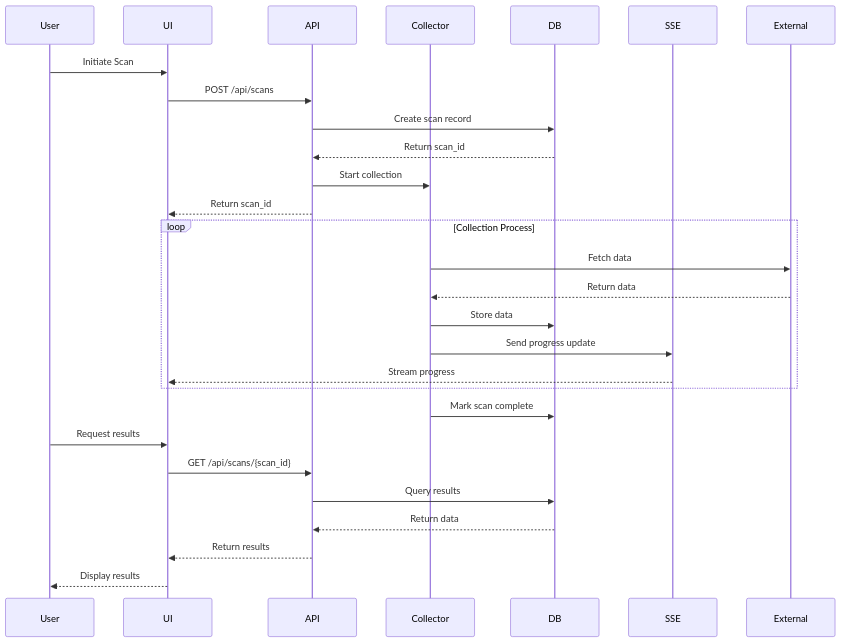
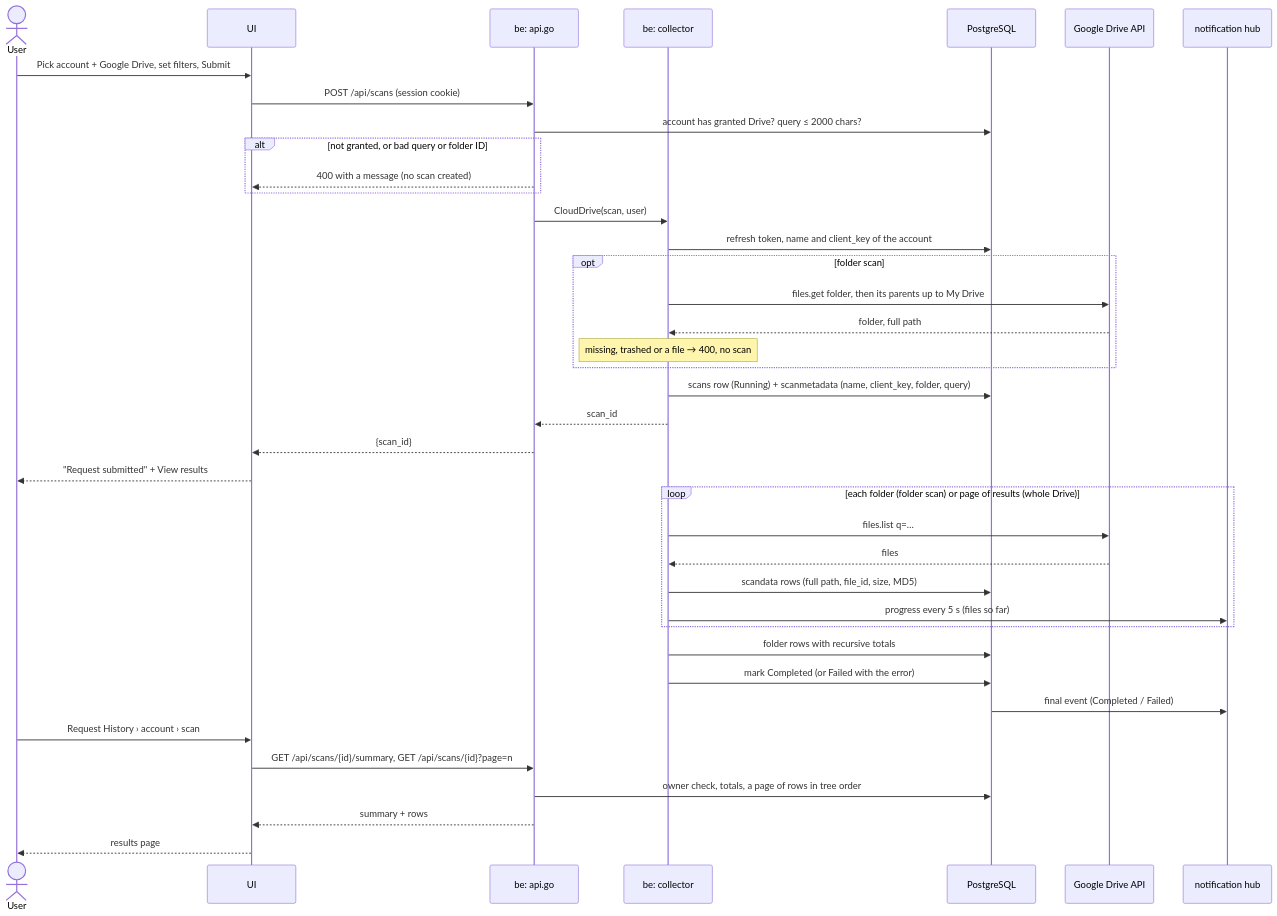
The second of 5 diagrams in docs/architecture.md (jyothri/bhandaar), drawn with Mermaid before and after one commit. The commit also changed other lines of this file, not shown here.

First line of the commit message:
docs: redraw the architecture diagrams as built (#34)

````diff
--- a/docs/architecture.md
+++ b/docs/architecture.md
@@ -268,32 +255,44 @@
 ```mermaid
 sequenceDiagram
-    participant User
+    actor User
     participant UI
-    participant API
-    participant Collector
-    participant DB
-    participant SSE
-    
-    User->>UI: Initiate Scan
-    UI->>API: POST /api/scans
-    API->>DB: Create scan record
-    DB-->>API: Return scan_id
-    API->>Collector: Start collection
-    API-->>UI: Return scan_id
-    
-    loop Collection Process
-        Collector->>External: Fetch data
-        External-->>Collector: Return data
-        Collector->>DB: Store data
-        Collector->>SSE: Send progress update
-        SSE-->>UI: Stream progress
+    participant API as be: api.go
+    participant Col as be: collector
+    participant DB as PostgreSQL
+    participant Drive as Google Drive API
+    participant Hub as notification hub
+
+    User->>UI: Pick account + Google Drive, set filters, Submit
+    UI->>API: POST /api/scans (session cookie)
+    API->>DB: account has granted Drive? query ≤ 2000 chars?
+    alt not granted, or bad query or folder ID
+        API-->>UI: 400 with a message (no scan created)
     end
-    
-    Collector->>DB: Mark scan complete
-    User->>UI: Request results
-    UI->>API: GET /api/scans/{scan_id}
-    API->>DB: Query results
-    DB-->>API: Return data
-    API-->>UI: Return results
-    UI-->>User: Display results
+    API->>Col: CloudDrive(scan, user)
+    Col->>DB: refresh token, name and client_key of the account
+    opt folder scan
+        Col->>Drive: files.get folder, then its parents up to My Drive
+        Drive-->>Col: folder, full path
+        Note over Col: missing, trashed or a file → 400, no scan
+    end
+    Col->>DB: scans row (Running) + scanmetadata (name, client_key, folder, query)
+    Col-->>API: scan_id
+    API-->>UI: {scan_id}
+    UI-->>User: "Request submitted" + View results
+
+    loop each folder (folder scan) or page of results (whole Drive)
+        Col->>Drive: files.list q=…
+        Drive-->>Col: files
+        Col->>DB: scandata rows (full path, file_id, size, MD5)
+        Col->>Hub: progress every 5 s (files so far)
+    end
+    Col->>DB: folder rows with recursive totals
+    Col->>DB: mark Completed (or Failed with the error)
+    DB->>Hub: final event (Completed / Failed)
+
+    User->>UI: Request History › account › scan
+    UI->>API: GET /api/scans/{id}/summary, GET /api/scans/{id}?page=n
+    API->>DB: owner check, totals, a page of rows in tree order
+    API-->>UI: summary + rows
+    UI-->>User: results page
 ```
````
